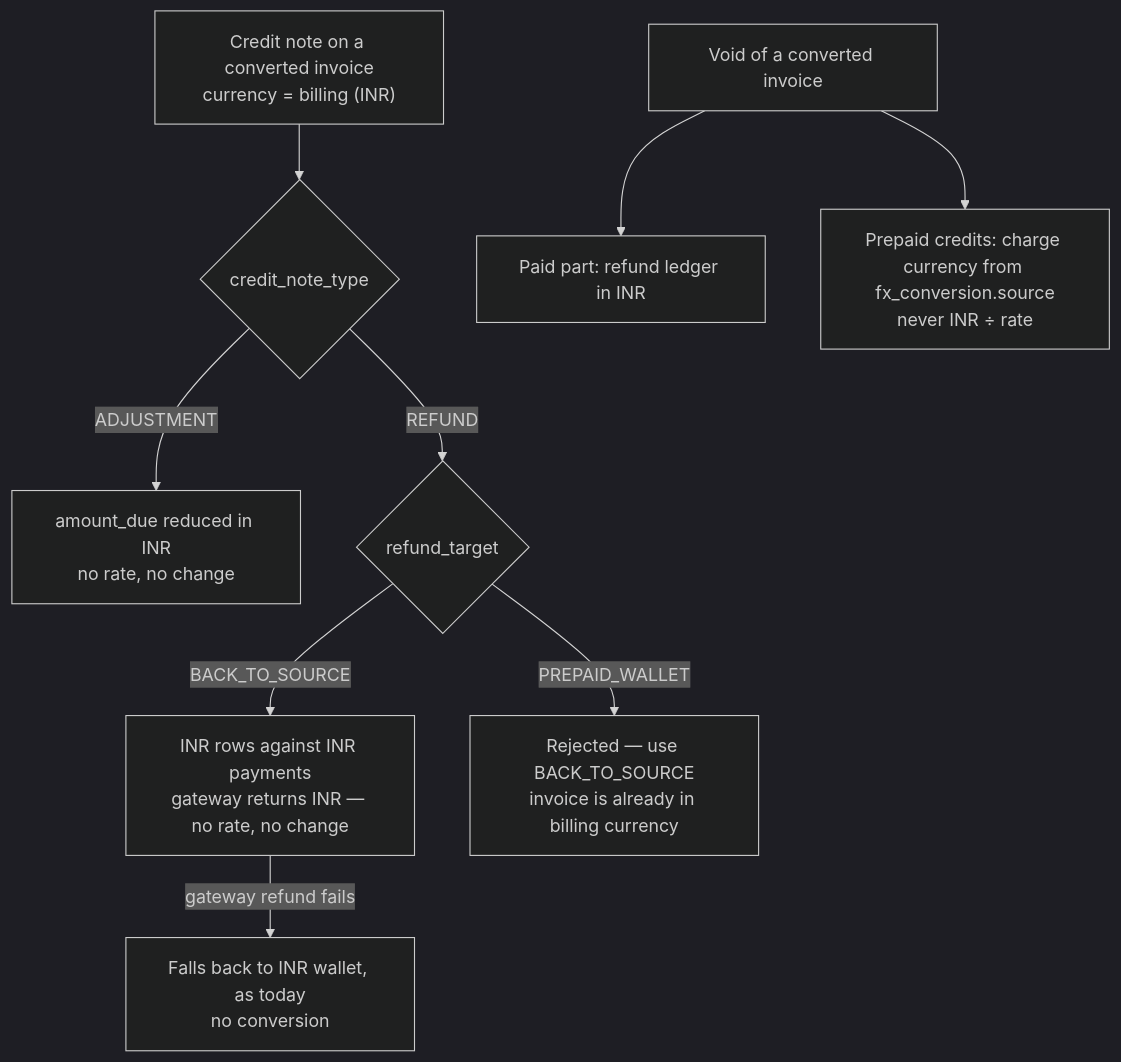
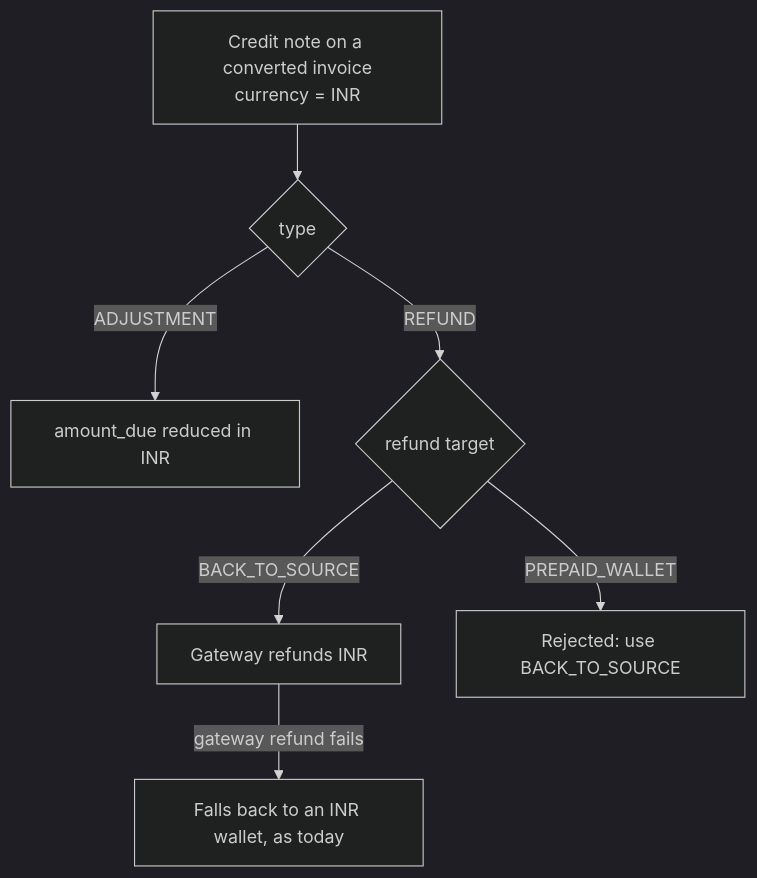
Before and after one commit to aghijap/flexprice-FLE-1411: the fourth of 7 diagrams in docs/design/2026-09-26-FLE-1383-adaptive-multi-currency-erd.md, drawn with Mermaid (dark theme). The commit also changed other lines of this file, not shown here.

First line of the commit message:
docs(FLE-1383): restructure the ERD for review

````diff
--- a/docs/design/2026-09-26-FLE-1383-adaptive-multi-currency-erd.md
+++ b/docs/design/2026-09-26-FLE-1383-adaptive-multi-currency-erd.md
@@ -469,11 +483,9 @@
 ```mermaid
 flowchart TD
-    CN["Credit note on a converted invoice<br/>currency = billing (INR)"] --> T{"credit_note_type"}
-    T -- ADJUSTMENT --> ADJ["amount_due reduced in INR<br/>no rate, no change"]
-    T -- REFUND --> RT{"refund_target"}
-    RT -- BACK_TO_SOURCE --> GW["INR rows against INR payments<br/>gateway returns INR — no rate, no change"]
-    RT -- PREPAID_WALLET --> REJ["Rejected — use BACK_TO_SOURCE<br/>invoice is already in billing currency"]
-    GW -- "gateway refund fails" --> FB["Falls back to INR wallet, as today<br/>no conversion"]
-    VOID["Void of a converted invoice"] --> V1["Paid part: refund ledger in INR"]
-    VOID --> V2["Prepaid credits: charge currency from fx_conversion.source<br/>never INR ÷ rate"]
+    CN["Credit note on a converted invoice<br/>currency = INR"] --> T{"type"}
+    T -- ADJUSTMENT --> ADJ["amount_due reduced in INR"]
+    T -- REFUND --> RT{"refund target"}
+    RT -- BACK_TO_SOURCE --> GW["Gateway refunds INR"]
+    RT -- PREPAID_WALLET --> REJ["Rejected: use BACK_TO_SOURCE"]
+    GW -- "gateway refund fails" --> FB["Falls back to an INR wallet, as today"]
 ```
````
